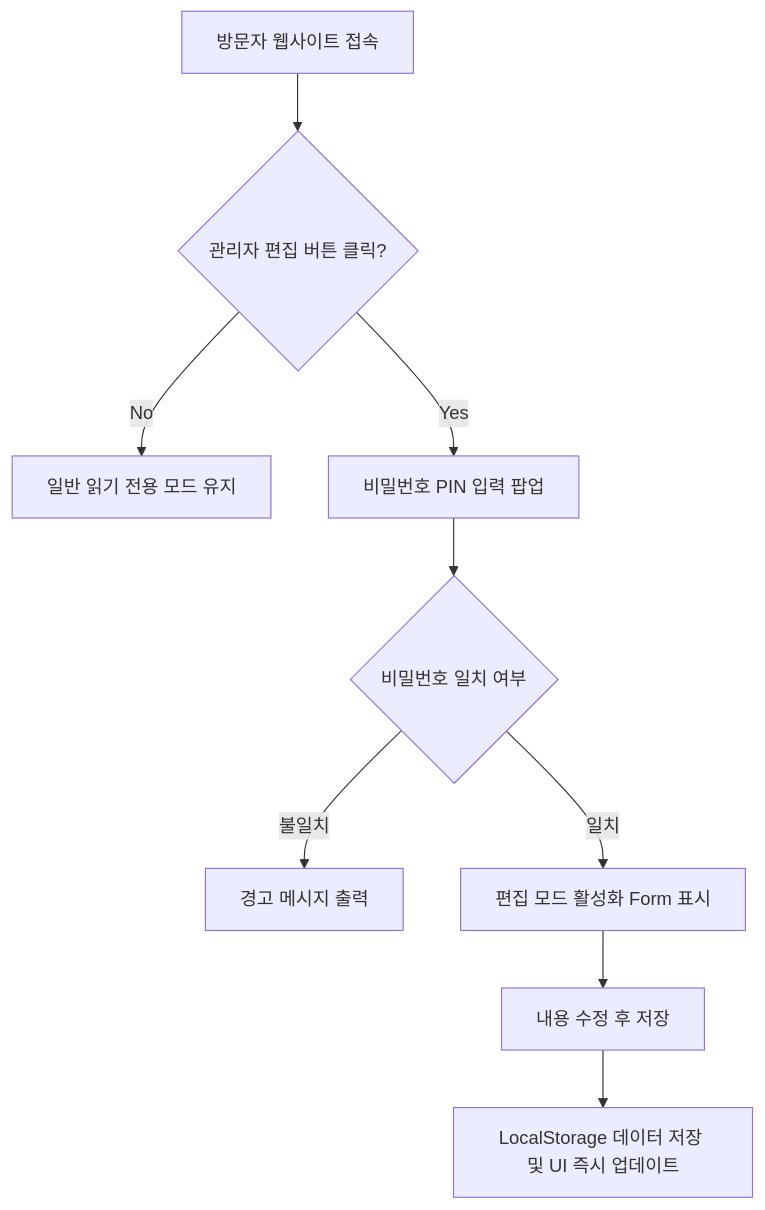
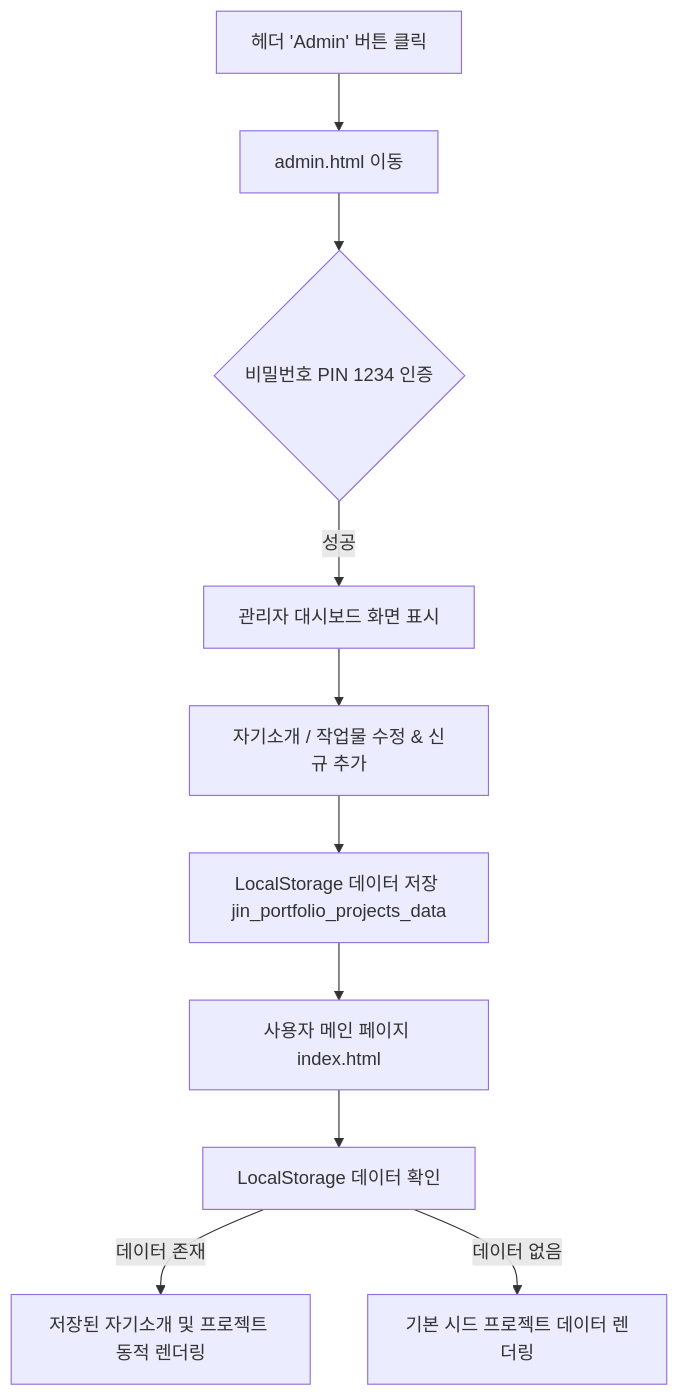
Before and after one commit to skawlsgur-oss/2026portfolio: the diagram in prd.md, drawn with Mermaid. The commit also changed other lines of this file and 6 other files, not shown here.

Commit message:
feat: Add dedicated Admin Dashboard (admin.html) with full CRUD & LocalStorage persistence

````diff
--- a/prd.md
+++ b/prd.md
@@ -121,11 +155,13 @@
 ```mermaid
 graph TD
-    A[방문자 웹사이트 접속] --> B{관리자 편집 버튼 클릭?}
-    B -- No --> C[일반 읽기 전용 모드 유지]
-    B -- Yes --> D[비밀번호 PIN 입력 팝업]
-    D --> E{비밀번호 일치 여부}
-    E -- 불일치 --> F[경고 메시지 출력]
-    E -- 일치 --> G[편집 모드 활성화 Form 표시]
-    G --> H[내용 수정 후 저장]
-    H --> I[LocalStorage 데이터 저장 및 UI 즉시 업데이트]
+    A[사용자 메인 페이지 index.html] --> B[LocalStorage 데이터 확인]
+    B -- 데이터 존재 --> C[저장된 자기소개 및 프로젝트 동적 렌더링]
+    B -- 데이터 없음 --> D[기본 시드 프로젝트 데이터 렌더링]
+    
+    E[헤더 'Admin' 버튼 클릭] --> F[admin.html 이동]
+    F --> G{비밀번호 PIN 1234 인증}
+    G -- 성공 --> H[관리자 대시보드 화면 표시]
+    H --> I[자기소개 / 작업물 수정 & 신규 추가]
+    I --> J[LocalStorage 데이터 저장 jin_portfolio_projects_data]
+    J --> A
 ```
````
